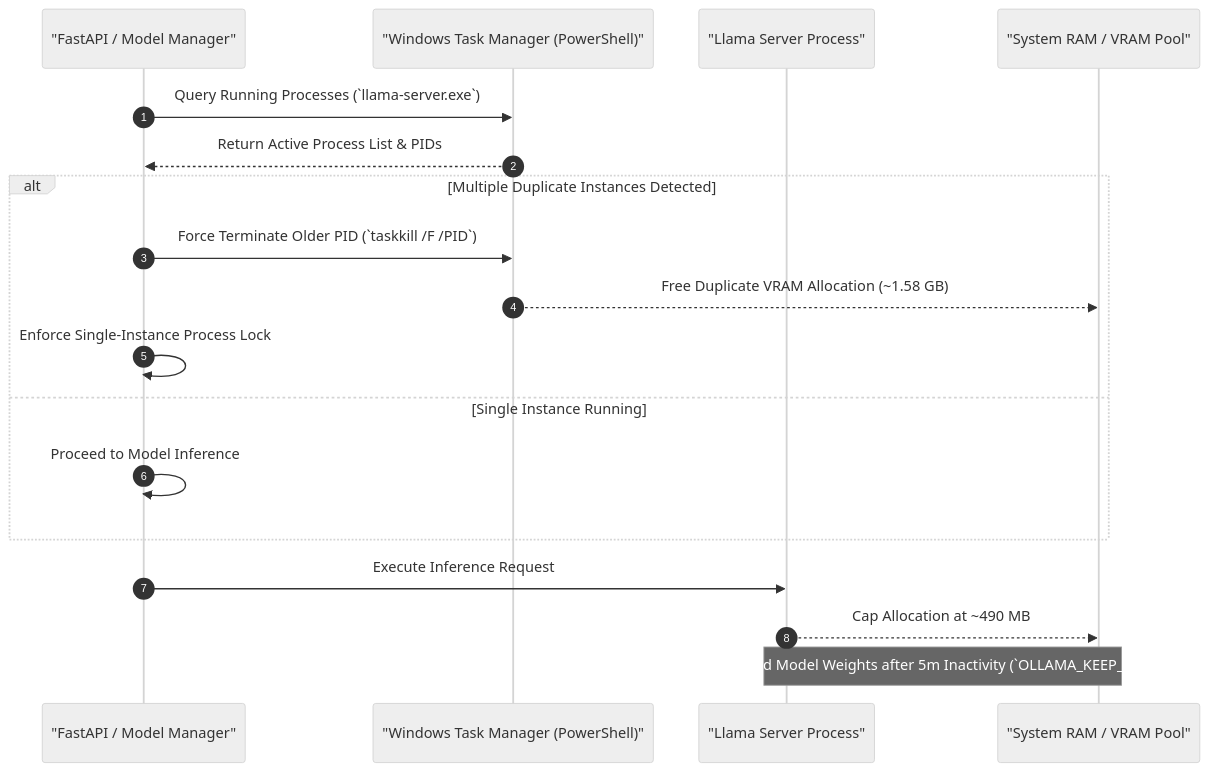
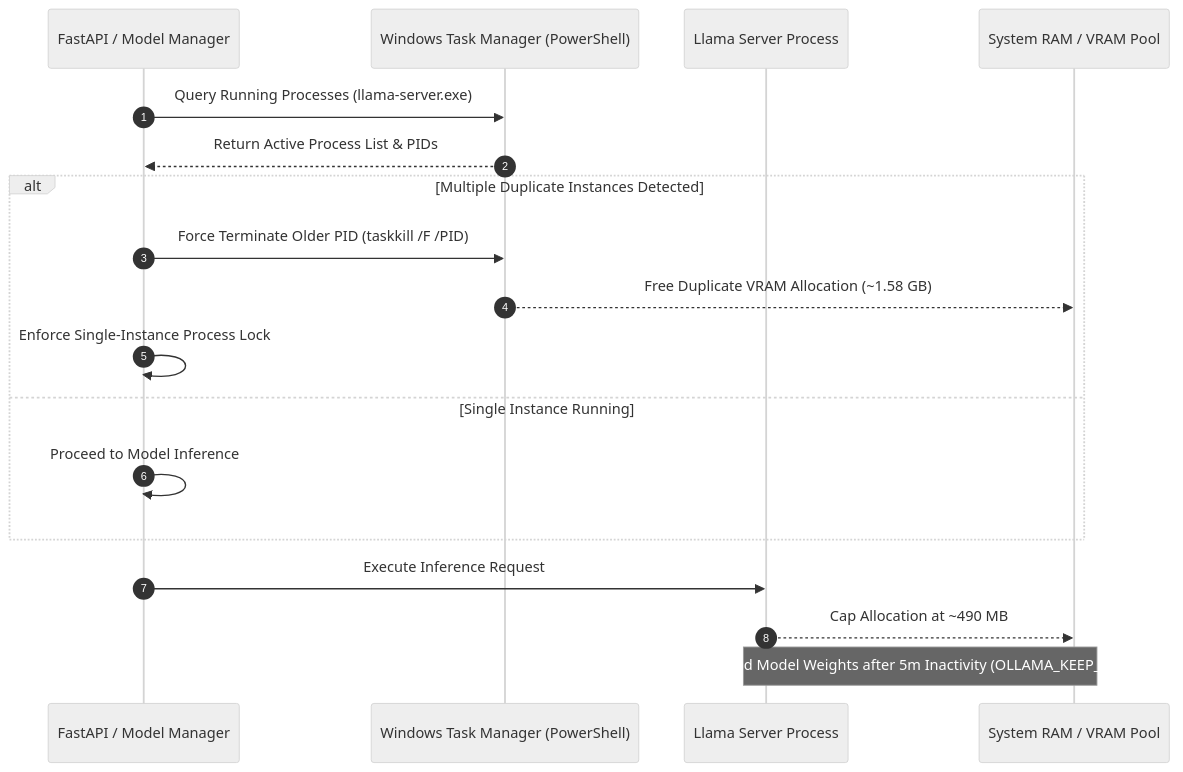
Before and after one commit to SavianAlexander/uroboros-knowledge-engine: the first of 7 diagrams in README.md, drawn with Mermaid (neutral theme). The commit also changed other lines of this file and 1 other file, not shown here.

Commit message:
docs(diagrams): fix Mermaid syntax errors and invalid tokens across README (#2023)

````diff
--- a/README.md
+++ b/README.md
@@ -212,21 +212,21 @@
 ```mermaid
 sequenceDiagram
     autonumber
-    participant App as "FastAPI / Model Manager"
-    participant OS as "Windows Task Manager (PowerShell)"
-    participant Llama as "Llama Server Process"
-    participant RAM as "System RAM / VRAM Pool"
+    participant App as FastAPI / Model Manager
+    participant OS as Windows Task Manager (PowerShell)
+    participant Llama as Llama Server Process
+    participant RAM as System RAM / VRAM Pool
 
-    App->>OS: Query Running Processes (`llama-server.exe`)
+    App->>OS: Query Running Processes (llama-server.exe)
     OS-->>App: Return Active Process List & PIDs
     alt Multiple Duplicate Instances Detected
-        App->>OS: Force Terminate Older PID (`taskkill /F /PID`)
+        App->>OS: Force Terminate Older PID (taskkill /F /PID)
         OS-->>RAM: Free Duplicate VRAM Allocation (~1.58 GB)
         App->>App: Enforce Single-Instance Process Lock
     else Single Instance Running
         App->>App: Proceed to Model Inference
     end
     App->>Llama: Execute Inference Request
     Llama-->>RAM: Cap Allocation at ~490 MB
-    Note over Llama,RAM: Auto-Unload Model Weights after 5m Inactivity (`OLLAMA_KEEP_ALIVE=5m`)
+    Note over Llama,RAM: Auto-Unload Model Weights after 5m Inactivity (OLLAMA_KEEP_ALIVE=5m)
 ```
````
